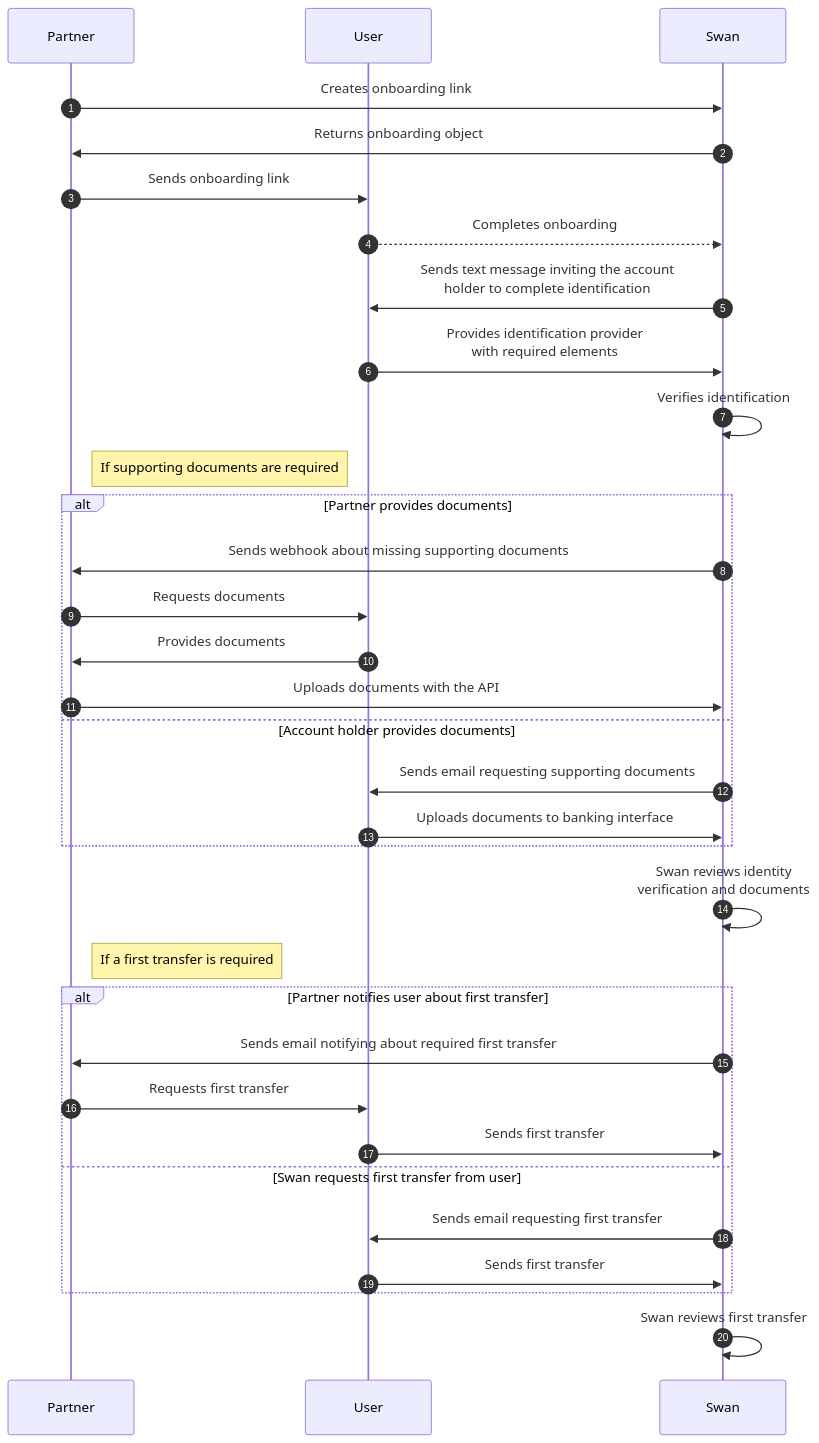
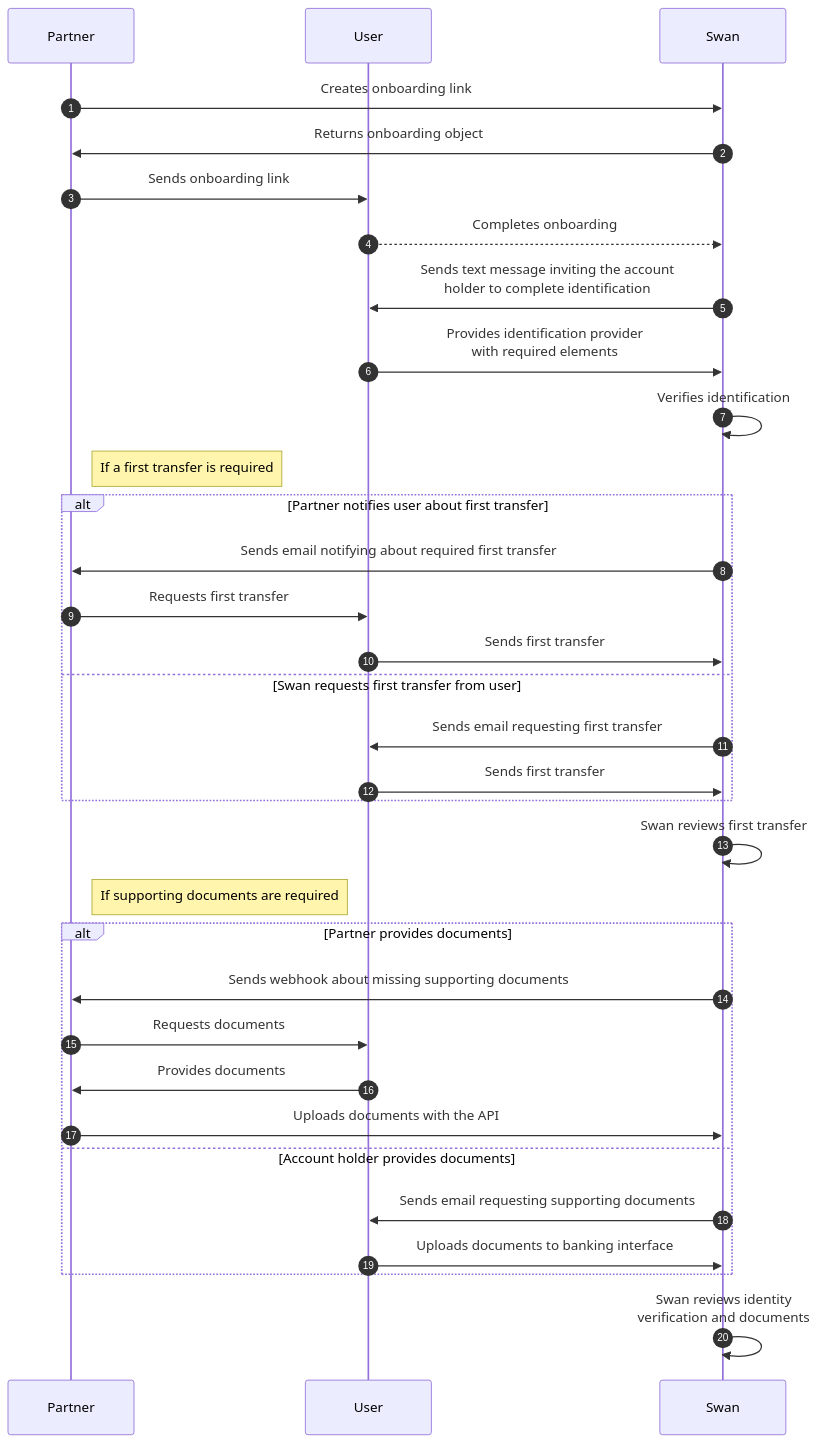
One commit to swan-io/docs changed the second of 2 diagrams in docs/topics/onboarding/account-holders/index.mdx. Above: the diagram before and after it, drawn with Mermaid. The commit also changed other lines of this file, not shown here.

Commit message:
Update to prerequisites outcomes and sequence diagram

````diff
--- a/docs/topics/onboarding/account-holders/index.mdx
+++ b/docs/topics/onboarding/account-holders/index.mdx
@@ -146,34 +165,36 @@
 ```mermaid
 sequenceDiagram autoNumber
 participant P as Partner
 participant U as User
 participant S as Swan
     P ->> S: Creates onboarding link
     S ->> P: Returns onboarding object
     P ->> U: Sends onboarding link
     U -->> S: Completes onboarding
     S ->> U: Sends text message inviting the account<br/>holder to complete identification
     U ->> S: Provides identification provider<br/>with required elements
     S ->> S: Verifies identification
+
+    note right of P: If a first transfer is required
+    alt Partner notifies user about first transfer
+        S ->> P: Sends email notifying about required first transfer
+        P ->> U: Requests first transfer
+        U ->> S: Sends first transfer
+    else Swan requests first transfer from user
+        S ->> U: Sends email requesting first transfer
+        U ->> S: Sends first transfer
+    end
+    S ->> S: Swan reviews first transfer
+
     note right of P: If supporting documents are required
     alt Partner provides documents
         S ->> P: Sends webhook about missing supporting documents
         P ->> U: Requests documents
         U ->> P: Provides documents
         P ->>S: Uploads documents with the API
     else Account holder provides documents
         S ->> U: Sends email requesting supporting documents
         U ->> S: Uploads documents to banking interface
     end
     S ->> S: Swan reviews identity<br/>verification and documents
-    note right of P: If a first transfer is required
-    alt Partner notifies user about first transfer
-        S ->> P: Sends email notifying about required first transfer
-        P ->> U: Requests first transfer
-        U ->> S: Sends first transfer
-    else Swan requests first transfer from user
-        S ->> U: Sends email requesting first transfer
-        U ->> S: Sends first transfer
-    end
-    S ->> S: Swan reviews first transfer
 ```
````
